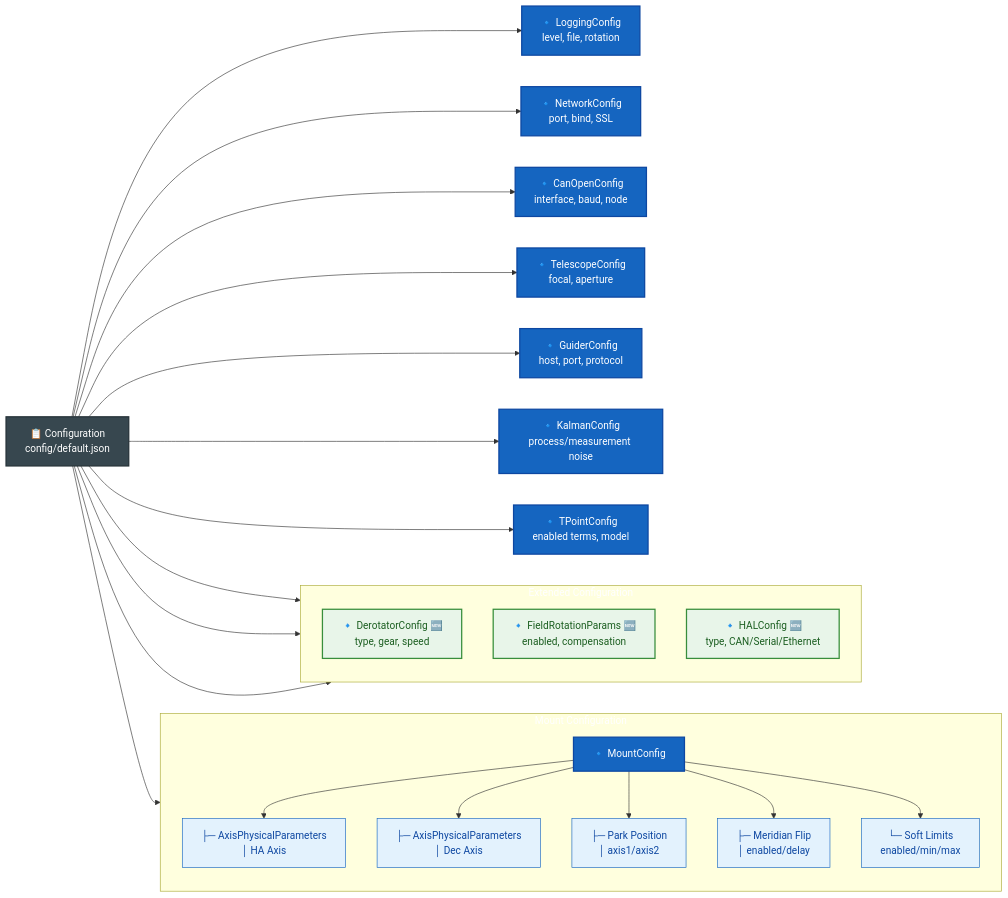
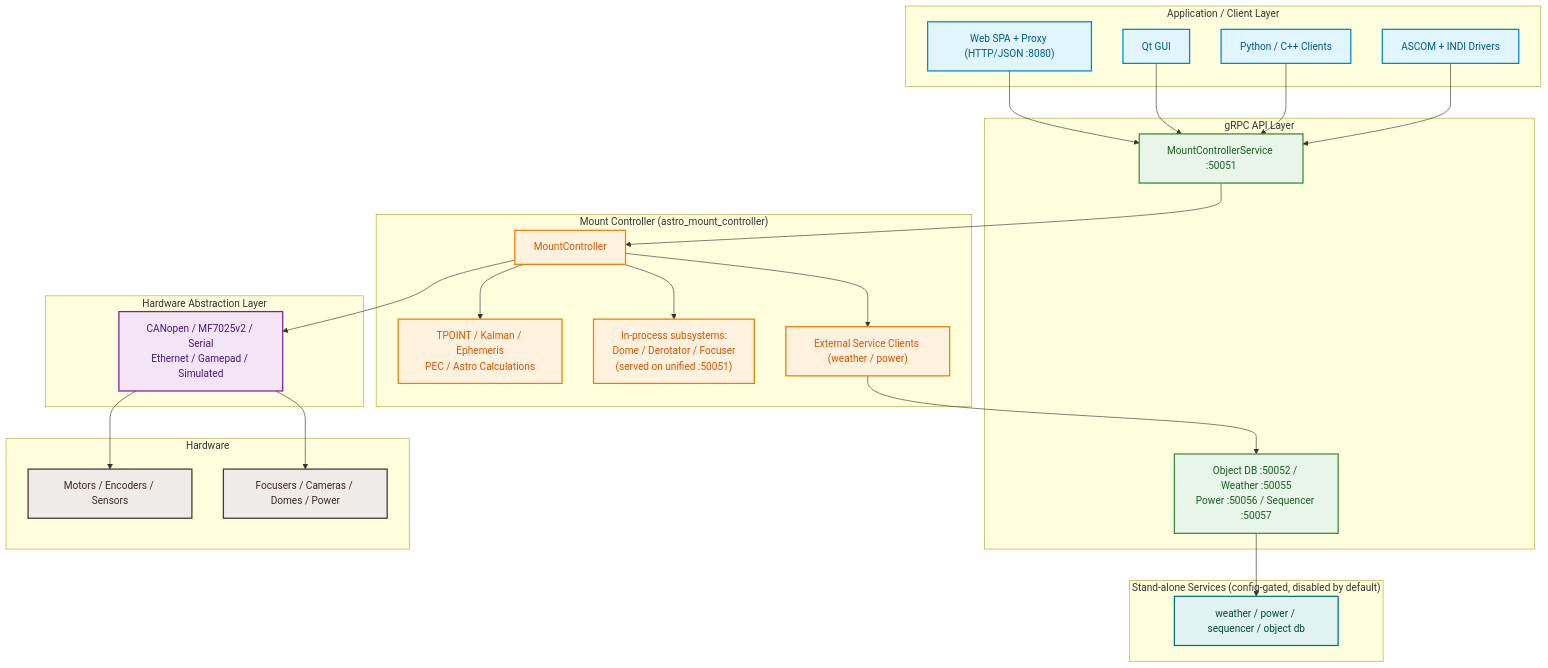
The first of 11 diagrams in docs/en/architecture.md (pielaszkiewicz-jacek/astro_mount_control), drawn with Mermaid before and after one commit. The commit also changed other lines of this file and 674 other files, not shown here.

````diff
--- a/docs/en/architecture.md
+++ b/docs/en/architecture.md
@@ -199,53 +18,62 @@
 ```mermaid
-flowchart LR
-    %% Styles
-    classDef root fill:#37474f,stroke:#263238,color:#ffffff,stroke-width:2px
-    classDef section fill:#1565c0,stroke:#0d47a1,color:#ffffff,stroke-width:2px
-    classDef sub fill:#e3f2fd,stroke:#1565c0,stroke-width:1px,color:#0d47a1
-    classDef sub2 fill:#fff3e0,stroke:#f57c00,stroke-width:1px,color:#e65100
-    classDef new fill:#e8f5e9,stroke:#388e3c,stroke-width:2px,color:#1b5e20
+flowchart TB
+    classDef client fill:#e1f5fe,stroke:#0288d1,stroke-width:2px,color:#01579b
+    classDef api fill:#e8f5e9,stroke:#388e3c,stroke-width:2px,color:#1b5e20
+    classDef core fill:#fff3e0,stroke:#f57c00,stroke-width:2px,color:#e65100
+    classDef svc fill:#e0f2f1,stroke:#00796b,stroke-width:2px,color:#004d40
+    classDef hal fill:#f3e5f5,stroke:#7b1fa2,stroke-width:2px,color:#4a148c
+    classDef hw fill:#efebe9,stroke:#4e342e,stroke-width:2px,color:#3e2723
 
-    CONFIG["📋 Configuration<br/>config/default.json"]:::root
-    LOG["🔹 LoggingConfig<br/>level, file, rotation"]:::section
-    NET["🔹 NetworkConfig<br/>port, bind, SSL"]:::section
-    CAN_CONFIG["🔹 CanOpenConfig<br/>interface, baud, node"]:::section
-
-    subgraph MOUNT_GROUP["Mount Configuration"]
-        direction TB
-        MOUNT["🔹 MountConfig"]:::section
-        HA["  ├─ AxisPhysicalParameters<br/>  │  HA Axis"]:::sub
-        DEC["  ├─ AxisPhysicalParameters<br/>  │  Dec Axis"]:::sub
-        PARK["  ├─ Park Position<br/>  │  axis1/axis2"]:::sub
-        MERID["  ├─ Meridian Flip<br/>  │  enabled/delay"]:::sub
-        SOFT["  └─ Soft Limits<br/>     enabled/min/max"]:::sub
+    subgraph CLIENTS["Application / Client Layer"]
+        WEB["Web SPA + Proxy (HTTP/JSON :8080)"]
+        QT["Qt GUI"]
+        PY["Python / C++ Clients"]
+        DRV["ASCOM + INDI Drivers"]
     end
 
-    TEL["🔹 TelescopeConfig<br/>focal, aperture"]:::section
-    GUID["🔹 GuiderConfig<br/>host, port, protocol"]:::section
-    KALM["🔹 KalmanConfig<br/>process/measurement noise"]:::section
-    TPOINT_CONFIG["🔹 TPointConfig<br/>enabled terms, model"]:::section
-
-    subgraph EXT_GROUP["Extended Configuration"]
-        direction TB
-        DEROT["🔹 DerotatorConfig 🆕<br/>type, gear, speed"]:::new
-        FR["🔹 FieldRotationParams 🆕<br/>enabled, compensation"]:::new
-        HAL_CFG["🔹 HALConfig 🆕<br/>type, CAN/Serial/Ethernet"]:::new
+    subgraph API["gRPC API Layer"]
+        GRPC["MountControllerService :50051"]
+        EXT["Object DB :50052 / Weather :50055<br/>Power :50056 / Sequencer :50057"]
     end
 
-    CONFIG --> LOG
-    CONFIG --> NET
-    CONFIG --> CAN_CONFIG
-    CONFIG --> MOUNT
-    MOUNT --> HA
-    MOUNT --> DEC
-    MOUNT --> PARK
-    MOUNT --> MERID
-    MOUNT --> SOFT
-    CONFIG --> TEL
-    CONFIG --> GUID
-    CONFIG --> KALM
-    CONFIG --> TPOINT_CONFIG
-    CONFIG --> DEROT
-    CONFIG --> FR
-    CONFIG --> HAL_CFG
+    subgraph CORE["Mount Controller (astro_mount_controller)"]
+        MC["MountController"]
+        MODELS["TPOINT / Kalman / Ephemeris<br/>PEC / Astro Calculations"]
+        INPROC["In-process subsystems:<br/>Dome / Derotator / Focuser<br/>(served on unified :50051)"]
+        CLIENTSVC["External Service Clients (weather / power)"]
+    end
+
+    subgraph SERVICES["Stand-alone Services (config-gated, disabled by default)"]
+        SVCS["weather / power / sequencer / object db"]
+    end
+
+    subgraph HAL["Hardware Abstraction Layer"]
+        HALIMPL["CANopen / MF7025v2 / Serial<br/>Ethernet / Gamepad / Simulated"]
+    end
+
+    subgraph HW["Hardware"]
+        HW1["Motors / Encoders / Sensors"]
+        HW2["Focusers / Cameras / Domes / Power"]
+    end
+
+    WEB --> GRPC
+    QT --> GRPC
+    PY --> GRPC
+    DRV --> GRPC
+    GRPC --> MC
+    MC --> MODELS
+    MC --> INPROC
+    MC --> CLIENTSVC
+    CLIENTSVC --> EXT
+    EXT --> SVCS
+    MC --> HALIMPL
+    HALIMPL --> HW1
+    HALIMPL --> HW2
+
+    class WEB,QT,PY,DRV client
+    class GRPC,EXT api
+    class MC,MODELS,INPROC,CLIENTSVC core
+    class SVCS svc
+    class HALIMPL hal
+    class HW1,HW2 hw
 ```
````
